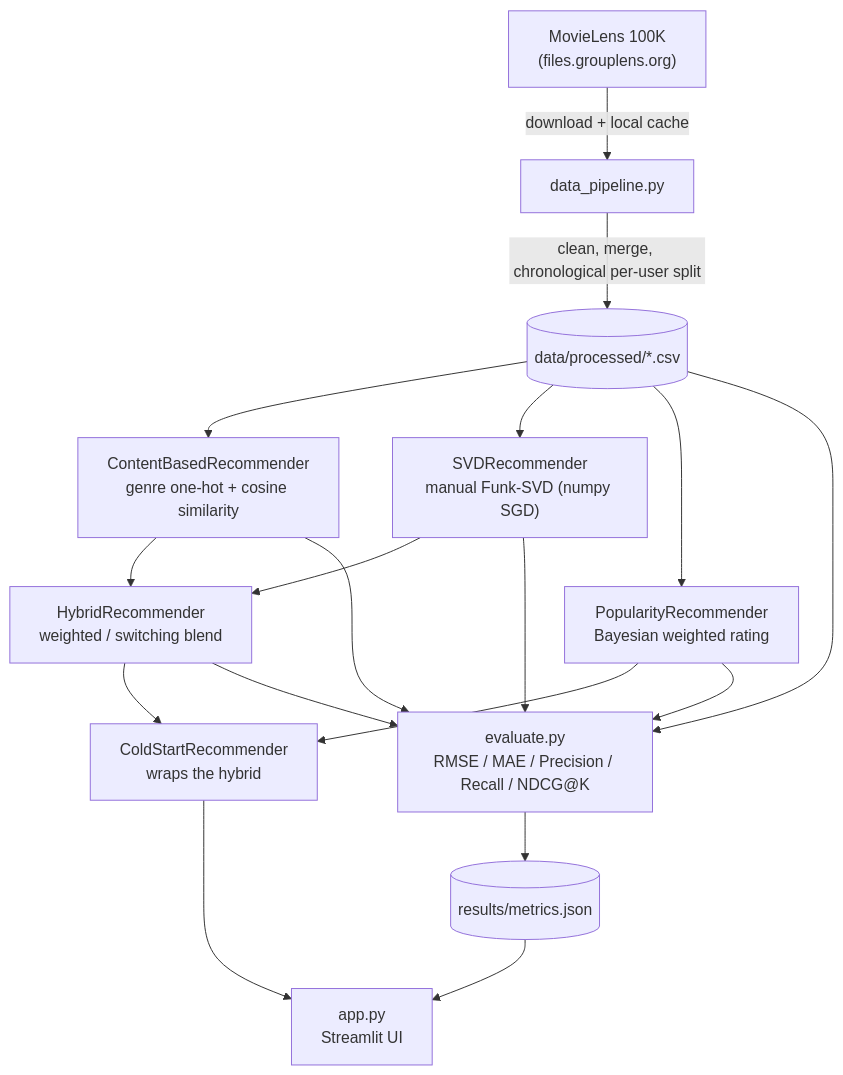
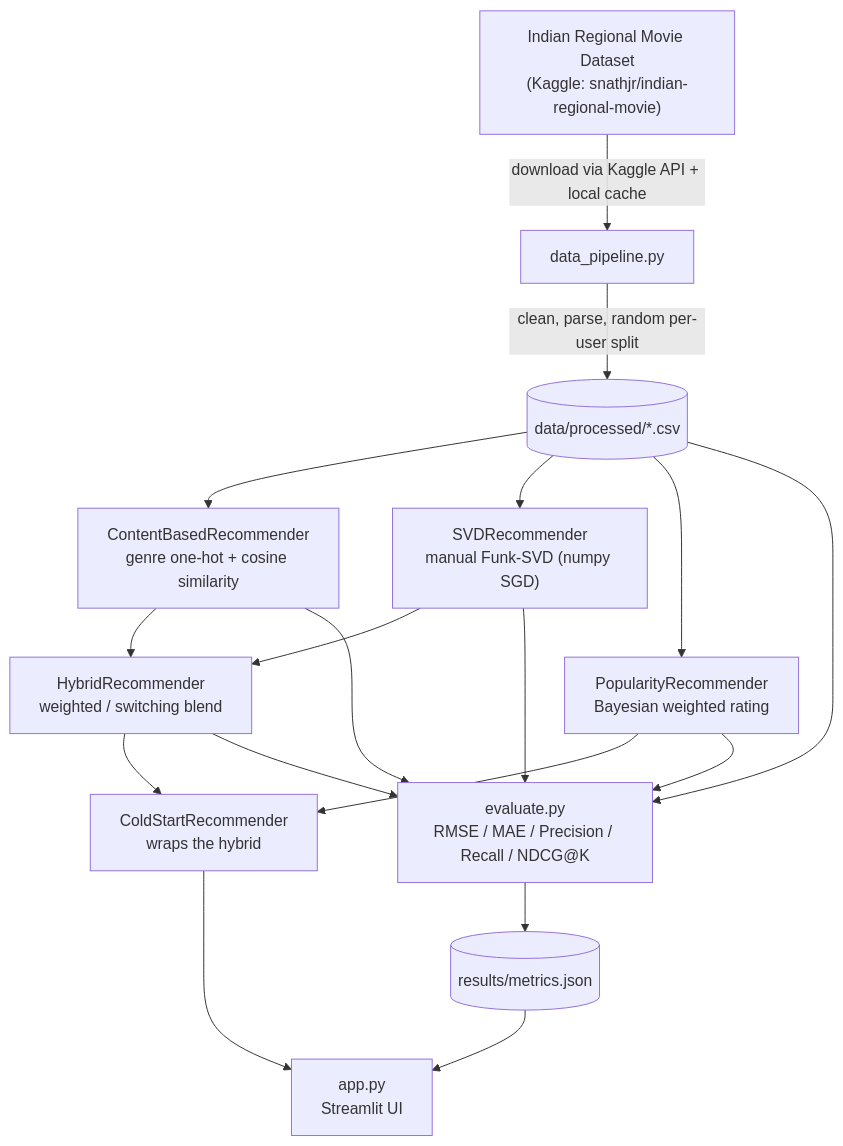
One commit to aswinguvvala/rec_system changed the diagram in README.md. Above: the diagram before and after it, drawn with Mermaid. The commit also changed other lines of this file and 11 other files, not shown here.

First line of the commit message:
Swap dataset: MovieLens 100K -> Indian Regional Movie Dataset

````diff
--- a/README.md
+++ b/README.md
@@ -32,24 +62,24 @@
 ```mermaid
 flowchart TD
-    A["MovieLens 100K\n(files.grouplens.org)"] -->|download + local cache| B["data_pipeline.py"]
-    B -->|clean, merge, chronological per-user split| C[("data/processed/*.csv")]
+    A["Indian Regional Movie Dataset\n(Kaggle: snathjr/indian-regional-movie)"] -->|download via Kaggle API + local cache| B["data_pipeline.py"]
+    B -->|clean, parse, random per-user split| C[("data/processed/*.csv")]
 
     C --> D["ContentBasedRecommender\ngenre one-hot + cosine similarity"]
     C --> E["SVDRecommender\nmanual Funk-SVD (numpy SGD)"]
     C --> H["PopularityRecommender\nBayesian weighted rating"]
 
     D --> F["HybridRecommender\nweighted / switching blend"]
     E --> F
     F --> G["ColdStartRecommender\nwraps the hybrid"]
     H --> G
 
     G --> I["app.py\nStreamlit UI"]
 
     C --> J["evaluate.py\nRMSE / MAE / Precision / Recall / NDCG@K"]
     D --> J
     E --> J
     F --> J
     H --> J
     J --> K[("results/metrics.json")]
     K --> I
 ```
````
